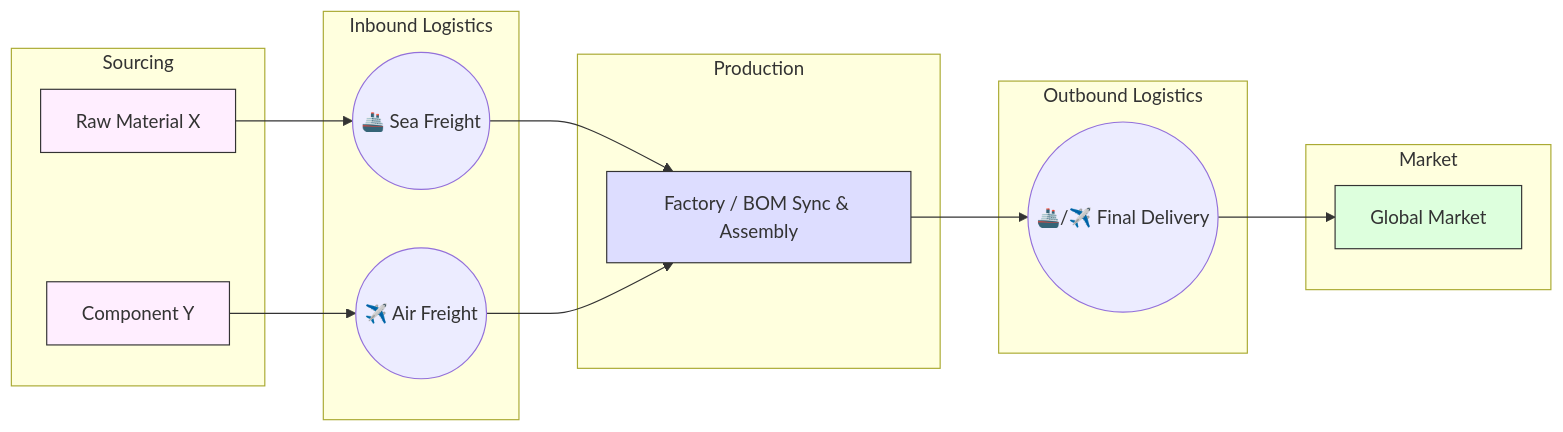
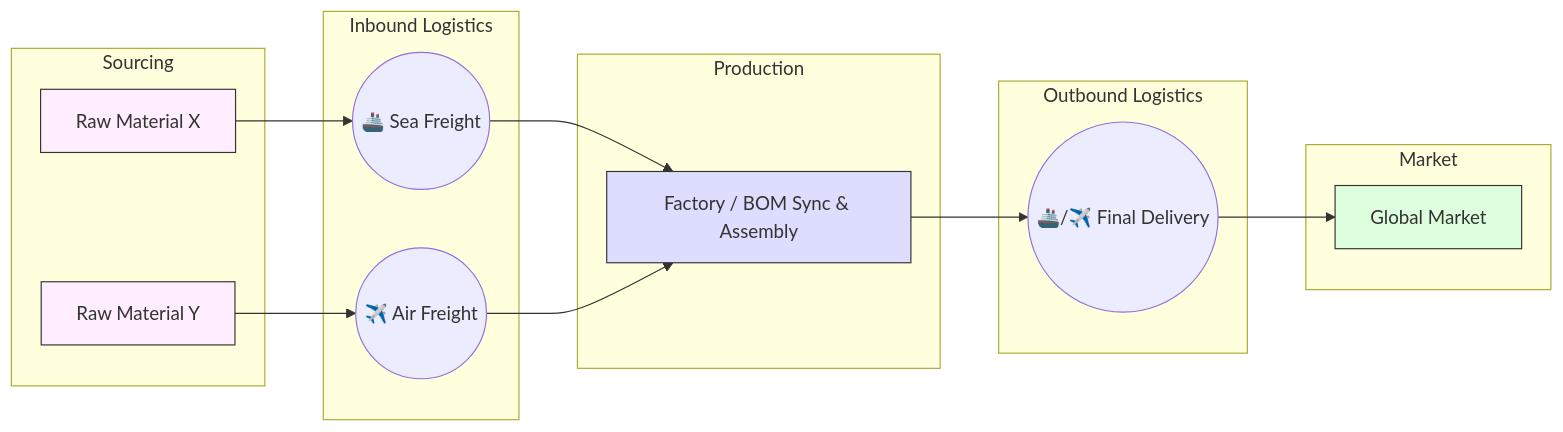
The first of 3 diagrams in README.md (miumigy/gsctycn), drawn with Mermaid before and after one commit. The commit also changed 1 other file, not shown here.

Commit message:
docs: update Mermaid diagram to reflect that only raw materials are used (no components)

````diff
--- a/README.md
+++ b/README.md
@@ -14,36 +14,36 @@
 ```mermaid
 graph LR
     subgraph Sourcing ["Sourcing"]
-        RM[Raw Material X]
-        PT[Component Y]
+        RM1[Raw Material X]
+        RM2[Raw Material Y]
     end
 
     subgraph Inbound ["Inbound Logistics"]
         Air((✈️ Air Freight))
         Sea((🚢 Sea Freight))
     end
 
     subgraph Production ["Production"]
         Fact[Factory / BOM Sync & Assembly]
     end
 
     subgraph Outbound ["Outbound Logistics"]
         Delivery((🚢/✈️ Final Delivery))
     end
 
     subgraph Distribution ["Market"]
         Mkt[Global Market]
     end
 
-    RM --> Sea
-    PT --> Air
+    RM1 --> Sea
+    RM2 --> Air
     Sea --> Fact
     Air --> Fact
     Fact --> Delivery
     Delivery --> Mkt
 
-    style RM fill:#fef,stroke:#333
-    style PT fill:#fef,stroke:#333
+    style RM1 fill:#fef,stroke:#333
+    style RM2 fill:#fef,stroke:#333
     style Fact fill:#ddf,stroke:#333
     style Mkt fill:#dfd,stroke:#333
 ```
````
